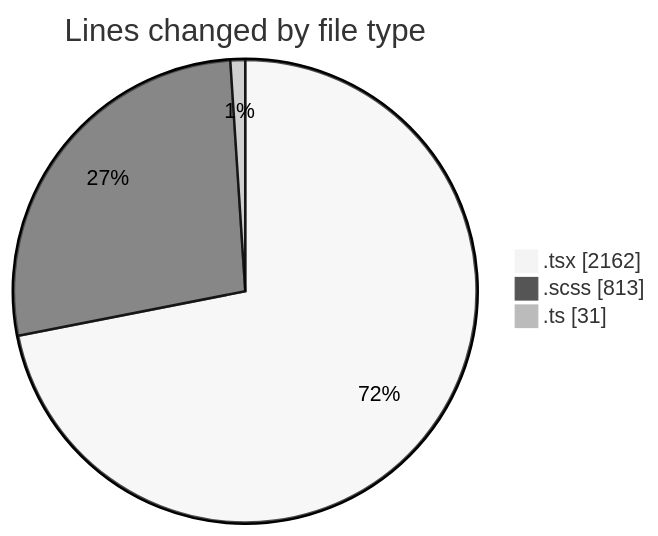
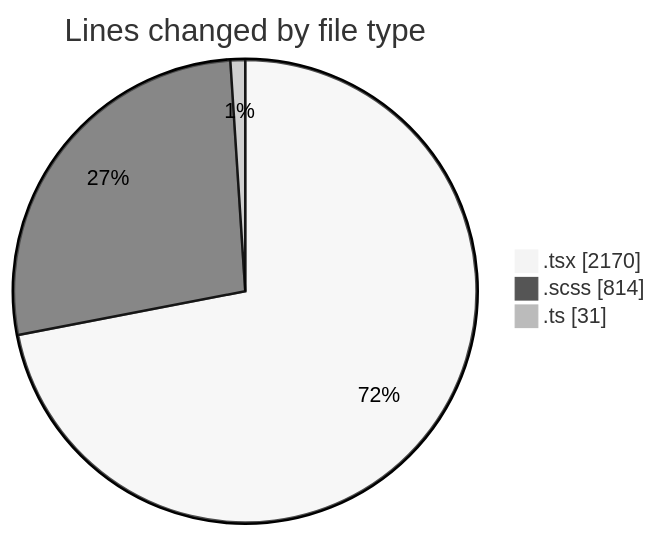
The first of 2 diagrams in 2025-04-07/cda/README.md (momahboobian/code-tracking), drawn with Mermaid (neutral theme) before and after one commit. The commit also changed other lines of this file and 1 other file, not shown here.

````diff
--- a/2025-04-07/cda/README.md
+++ b/2025-04-07/cda/README.md
@@ -32,7 +32,7 @@
 ```mermaid
 pie showData
 title Lines changed by file type
-".tsx" : 2162
-".scss" : 813
+".tsx" : 2170
+".scss" : 814
 ".ts" : 31
 ```
````
